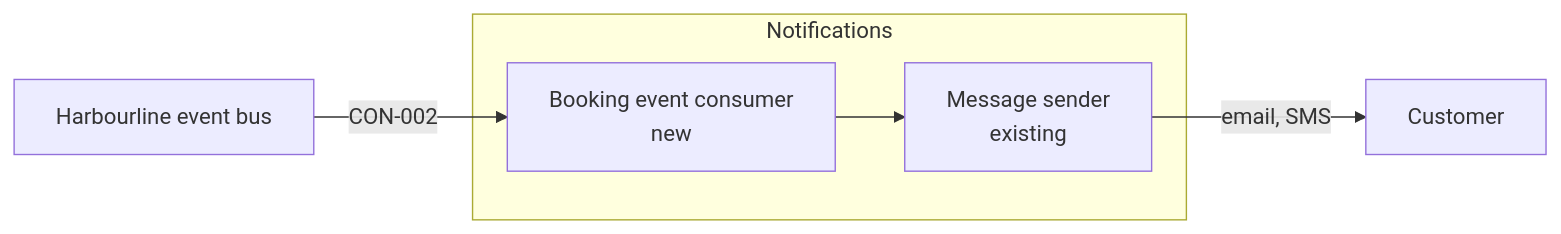
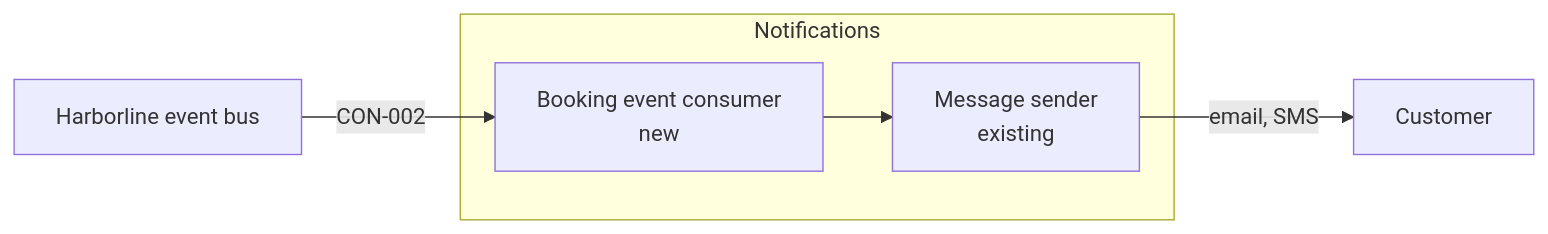
Before and after one commit to smalls257/vela: the second of 2 diagrams in examples/unified-booking/05-building-blocks/notifications-building-blocks.md, drawn with Mermaid. The commit also changed other lines of this file and 236 other files, not shown here.

````diff
--- a/examples/unified-booking/05-building-blocks/notifications-building-blocks.md
+++ b/examples/unified-booking/05-building-blocks/notifications-building-blocks.md
@@ -52,12 +52,12 @@
 ```mermaid
 flowchart LR
-  bus["Harbourline event bus"]
+  bus["Harborline event bus"]
   subgraph notif["Notifications"]
     cons["Booking event consumer<br/>new"]
     send["Message sender<br/>existing"]
   end
   cust["Customer"]
   bus -->|"CON-002"| cons
   cons --> send
   send -->|"email, SMS"| cust
 ```
````
